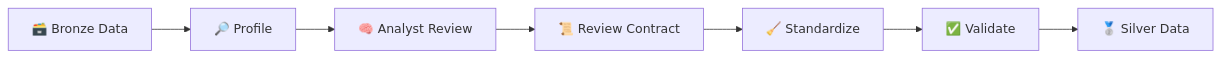
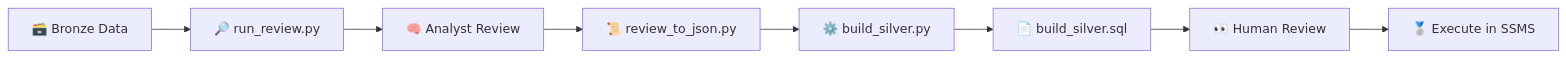
The diagram in README.md (FatBoyIL/SEPRO_Cleaning_Data), drawn with Mermaid before and after one commit. The commit also changed other lines of this file and 9 other files, not shown here.

````diff
--- a/README.md
+++ b/README.md
@@ -11,9 +15,10 @@
 ```mermaid
 flowchart LR
-    A["🗃️ Bronze Data"] --> B["🔎 Profile"]
+    A["🗃️ Bronze Data"] --> B["🔎 run_review.py"]
     B --> C["🧠 Analyst Review"]
-    C --> D["📜 Review Contract"]
-    D --> E["🧹 Standardize"]
-    E --> F["✅ Validate"]
-    F --> G["🥈 Silver Data"]
+    C --> D["📜 review_to_json.py"]
+    D --> E["⚙️ build_silver.py"]
+    E --> F["📄 build_silver.sql"]
+    F --> G["👀 Human Review"]
+    G --> H["🥈 Execute in SSMS"]
 ```
````
